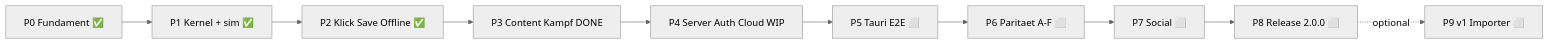
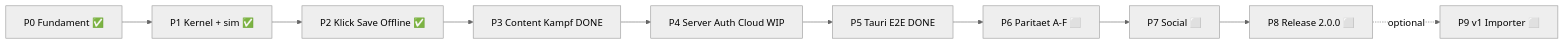
Before and after one commit to Trobikus/archiv-des-vergessens-2: the second of 2 diagrams in docs/REWRITE_PLAN.md, drawn with Mermaid (neutral theme). The commit also changed other lines of this file and 92 other files, not shown here.

````diff
--- a/docs/REWRITE_PLAN.md
+++ b/docs/REWRITE_PLAN.md
@@ -230,12 +240,12 @@
 ```mermaid
 graph LR
   P0["P0 Fundament ✅"] --> P1["P1 Kernel + sim ✅"]
   P1 --> P2["P2 Klick Save Offline ✅"]
   P2 --> P3["P3 Content Kampf DONE"]
   P3 --> P4["P4 Server Auth Cloud WIP"]
-  P4 --> P5["P5 Tauri E2E ⬜"]
+  P4 --> P5["P5 Tauri E2E DONE"]
   P5 --> P6["P6 Paritaet A-F ⬜"]
   P6 --> P7["P7 Social ⬜"]
   P7 --> P8["P8 Release 2.0.0 ⬜"]
   P8 -.optional.-> P9["P9 v1 Importer ⬜"]
 ```
````
